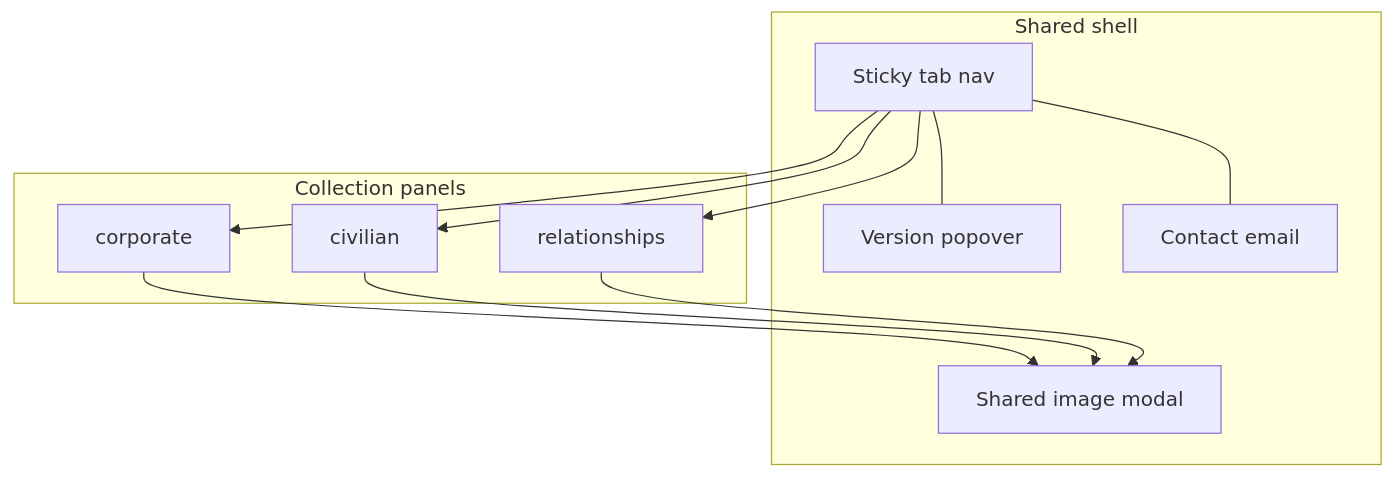
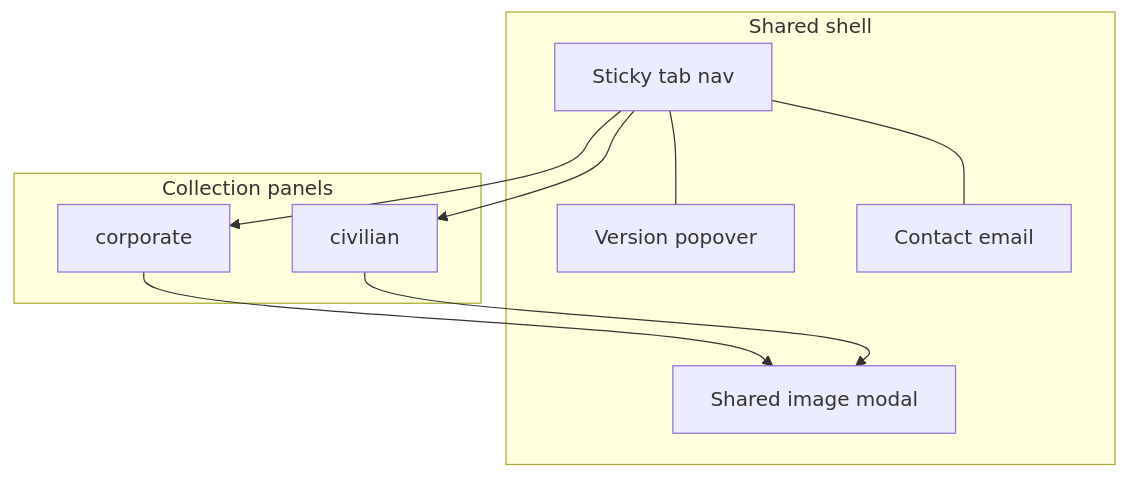
The diagram in docs/ARCHITECTURE_AND_DESIGN.md (jmaret/fictitious-corporate-world-satire), drawn with Mermaid before and after one commit. The commit also changed other lines of this file and 14 other files, not shown here.

````diff
--- a/docs/ARCHITECTURE_AND_DESIGN.md
+++ b/docs/ARCHITECTURE_AND_DESIGN.md
@@ -12,22 +12,19 @@
 ```mermaid
 flowchart TB
   subgraph shell [Shared shell]
     Nav[Sticky tab nav]
     Version[Version popover]
     Contact[Contact email]
     Modal[Shared image modal]
   end
   subgraph panels [Collection panels]
     Corporate[corporate]
     Civilian[civilian]
-    Relationships[relationships]
   end
   Nav --> Corporate
   Nav --> Civilian
-  Nav --> Relationships
   Corporate --> Modal
   Civilian --> Modal
-  Relationships --> Modal
   Nav --- Version
   Nav --- Contact
 ```
````
